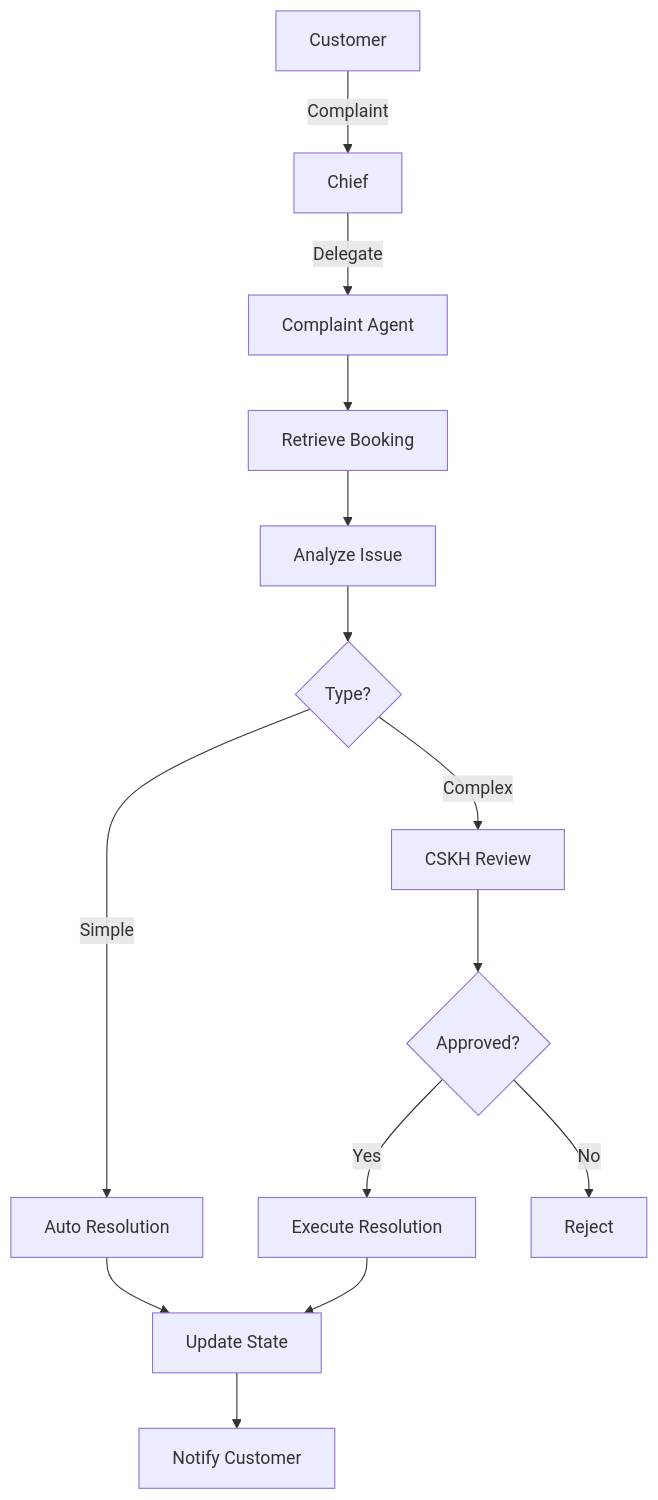
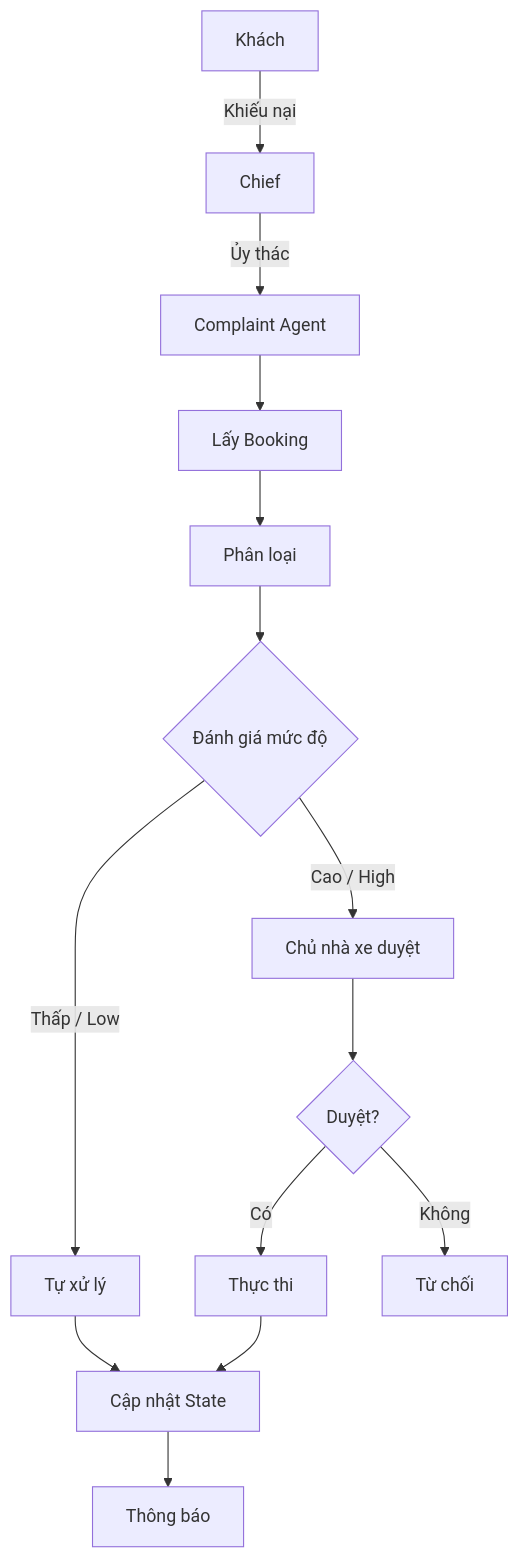
The third of 3 diagrams in README.md (Rin171104/AI-Agent-Customer-Service), drawn with Mermaid before and after one commit. The commit also changed other lines of this file and 5 other files, not shown here.

````diff
--- a/README.md
+++ b/README.md
@@ -389,16 +339,16 @@
 ```mermaid
 flowchart TD
-    A[Customer] -->|Complaint| B[Chief]
-    B -->|Delegate| C[Complaint Agent]
-    C --> D[Retrieve Booking]
-    D --> E[Analyze Issue]
-    E --> F{Type?}
-    F -->|Simple| G[Auto Resolution]
-    F -->|Complex| H[CSKH Review]
-    G --> I[Update State]
-    H --> J{Approved?}
-    J -->|Yes| K[Execute Resolution]
-    J -->|No| L[Reject]
+    A[Khách] -->|Khiếu nại| B[Chief]
+    B -->|Ủy thác| C[Complaint Agent]
+    C --> D[Lấy Booking]
+    D --> E[Phân loại]
+    E --> F{Đánh giá mức độ}
+    F -->|Thấp / Low| G[Tự xử lý]
+    F -->|Cao / High| H[Chủ nhà xe duyệt]
+    G --> I[Cập nhật State]
+    H --> J{Duyệt?}
+    J -->|Có| K[Thực thi]
+    J -->|Không| L[Từ chối]
     K --> I
-    I --> M[Notify Customer]
+    I --> M[Thông báo]
 ```
````
